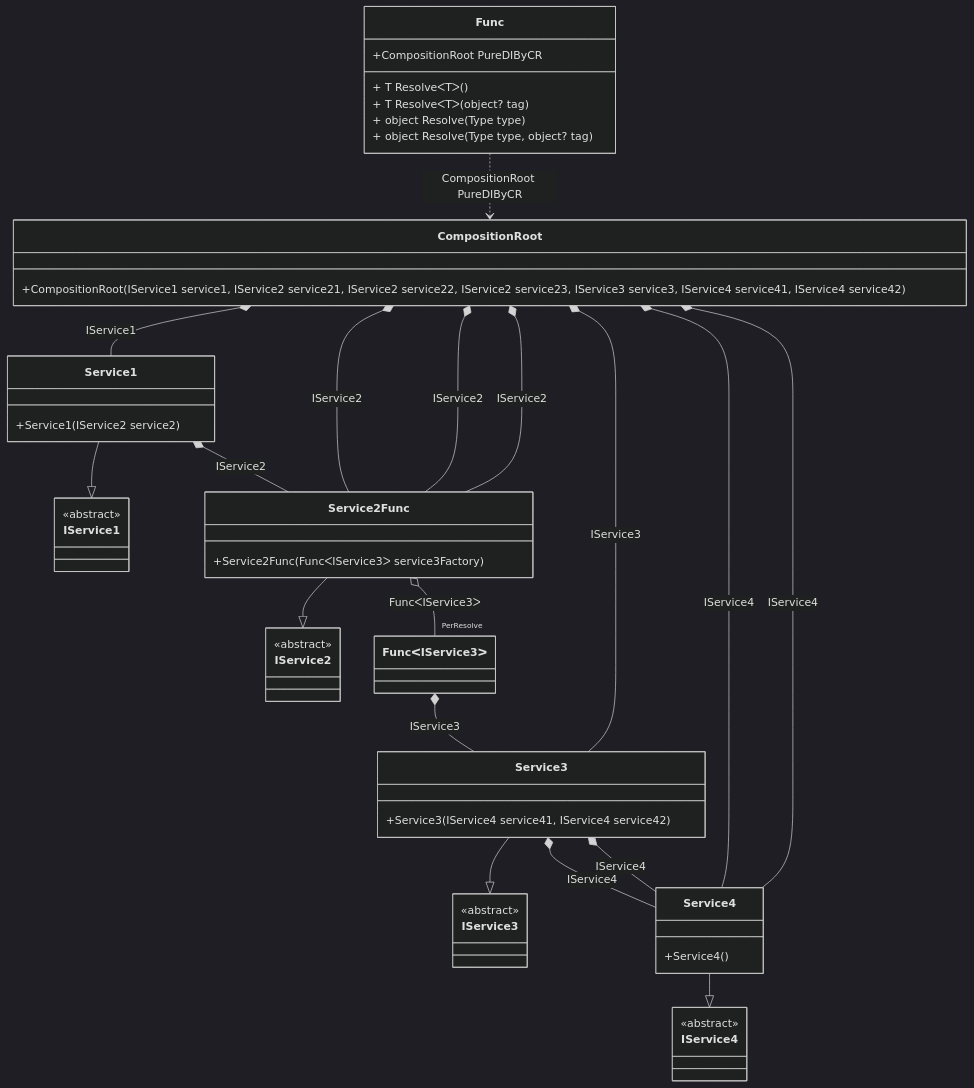
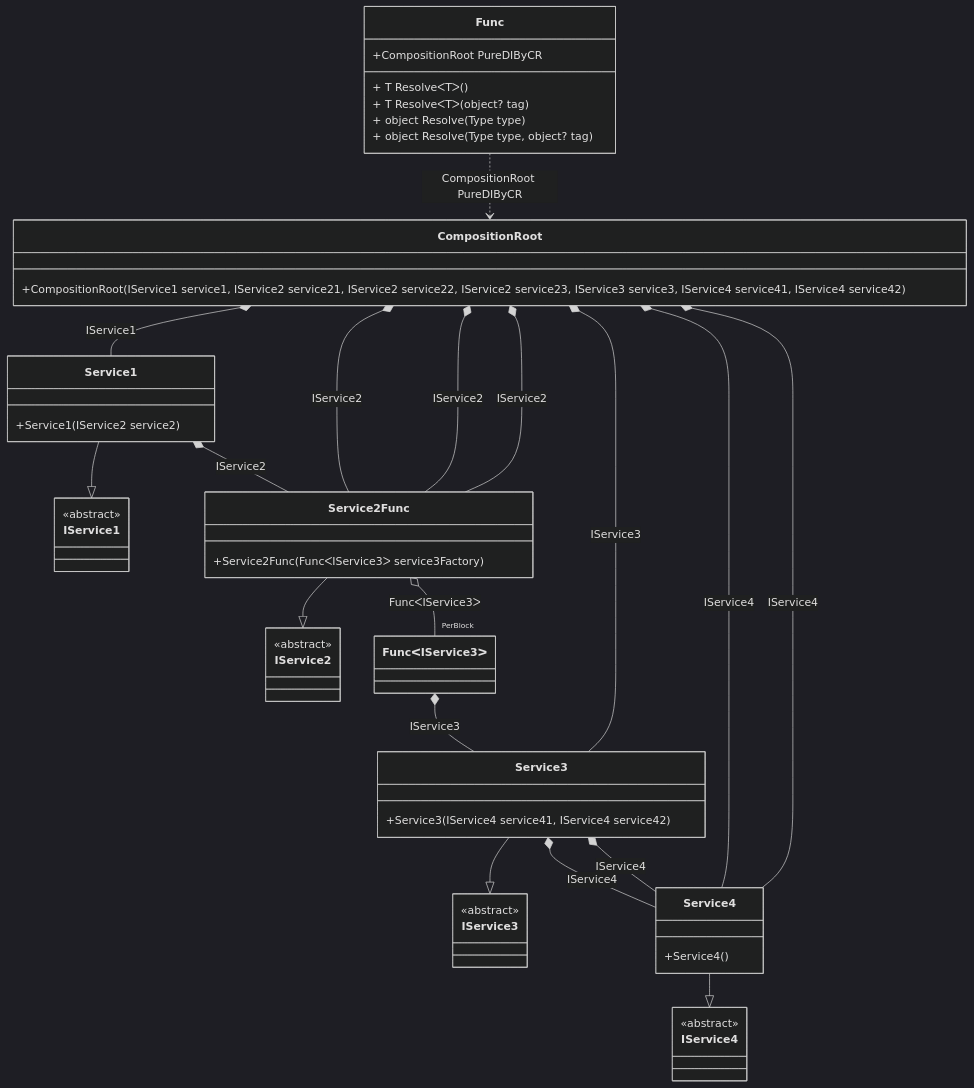
The diagram in readme/FuncDetails.md (DevTeam/Pure.DI), drawn with Mermaid (dark theme) before and after one commit. The commit also changed other lines of this file and 61 other files, not shown here.

````diff
--- a/readme/FuncDetails.md
+++ b/readme/FuncDetails.md
@@ -6,55 +6,55 @@
 ```mermaid
 classDiagram
   class Func {
     +CompositionRoot PureDIByCR
     + T ResolveᐸTᐳ()
     + T ResolveᐸTᐳ(object? tag)
     + object Resolve(Type type)
     + object Resolve(Type type, object? tag)
   }
   class CompositionRoot {
     +CompositionRoot(IService1 service1, IService2 service21, IService2 service22, IService2 service23, IService3 service3, IService4 service41, IService4 service42)
   }
   Service3 --|> IService3 : 
   class Service3 {
     +Service3(IService4 service41, IService4 service42)
   }
   Service1 --|> IService1 : 
   class Service1 {
     +Service1(IService2 service2)
   }
   Service2Func --|> IService2 : 
   class Service2Func {
     +Service2Func(FuncᐸIService3ᐳ service3Factory)
   }
   Service4 --|> IService4 : 
   class Service4 {
     +Service4()
   }
   class FuncᐸIService3ᐳ
   class IService3 {
     <<abstract>>
   }
   class IService1 {
     <<abstract>>
   }
   class IService2 {
     <<abstract>>
   }
   class IService4 {
     <<abstract>>
   }
   CompositionRoot *--  Service1 : IService1
   CompositionRoot *--  Service2Func : IService2
   CompositionRoot *--  Service2Func : IService2
   CompositionRoot *--  Service2Func : IService2
   CompositionRoot *--  Service3 : IService3
   CompositionRoot *--  Service4 : IService4
   CompositionRoot *--  Service4 : IService4
   Service3 *--  Service4 : IService4
   Service3 *--  Service4 : IService4
   Service1 *--  Service2Func : IService2
-  Service2Func o--  "PerResolve" FuncᐸIService3ᐳ : FuncᐸIService3ᐳ
+  Service2Func o--  "PerBlock" FuncᐸIService3ᐳ : FuncᐸIService3ᐳ
   Func ..> CompositionRoot : CompositionRoot PureDIByCR
   FuncᐸIService3ᐳ *--  Service3 : IService3
 ```
````
